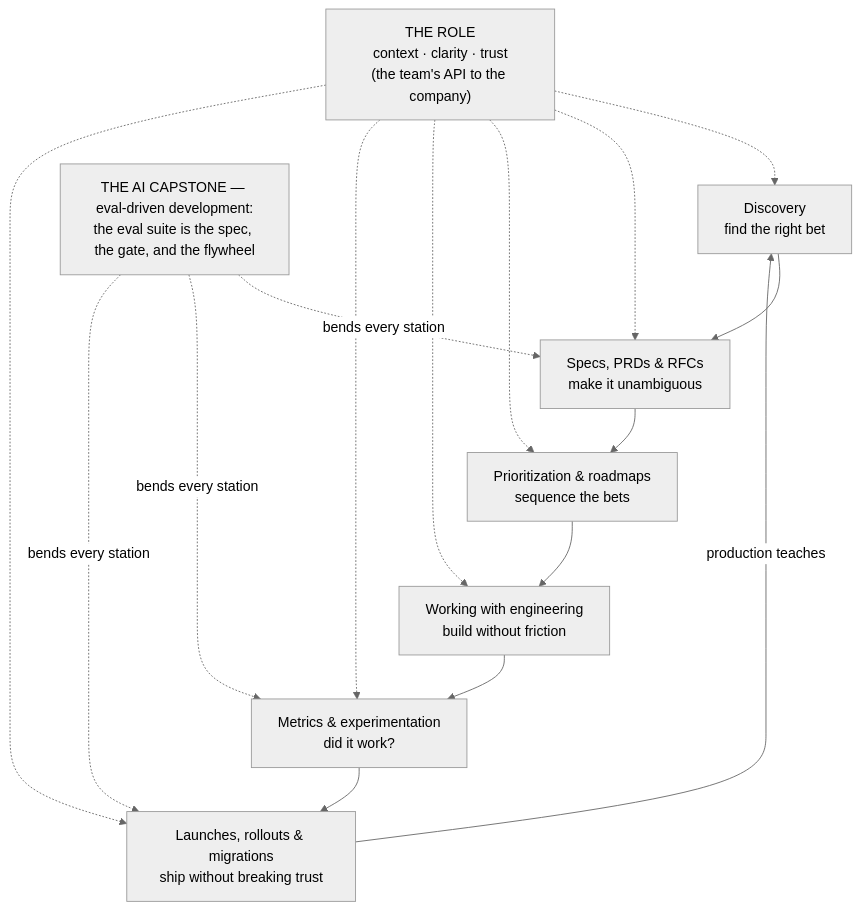
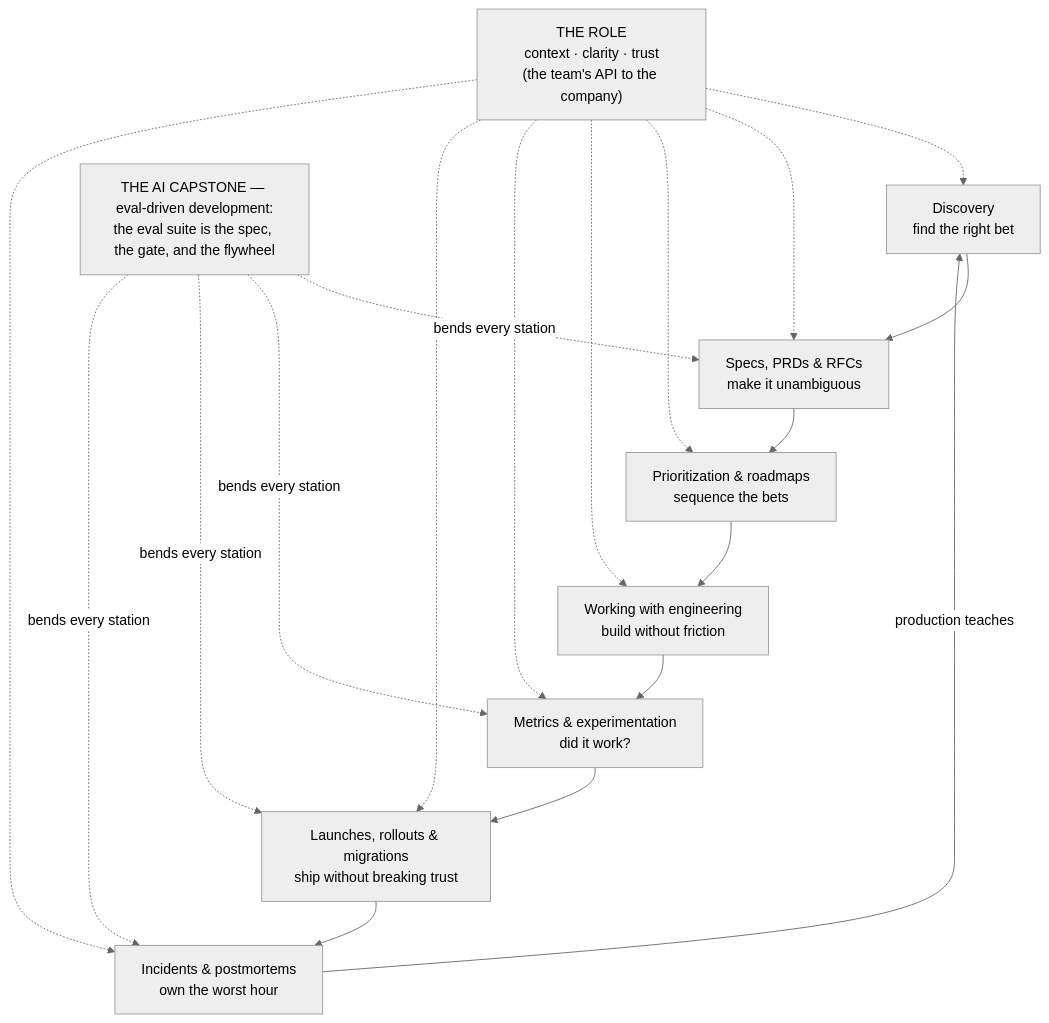
The diagram in technical-product-management/README.md (aakashagg123/gatsby), drawn with Mermaid (neutral theme) before and after one commit. The commit also changed other lines of this file and 26 other files, not shown here.

````diff
--- a/technical-product-management/README.md
+++ b/technical-product-management/README.md
@@ -23,12 +23,13 @@
 ```mermaid
 flowchart TB
   ROLE["THE ROLE<br/>context · clarity · trust<br/>(the team's API to the company)"]
   DISC["Discovery<br/>find the right bet"] --> SPEC["Specs, PRDs & RFCs<br/>make it unambiguous"]
   SPEC --> PRI["Prioritization & roadmaps<br/>sequence the bets"]
   PRI --> ENG["Working with engineering<br/>build without friction"]
   ENG --> MET["Metrics & experimentation<br/>did it work?"]
   MET --> LAUNCH["Launches, rollouts & migrations<br/>ship without breaking trust"]
-  LAUNCH -->|"production teaches"| DISC
-  ROLE -.-> DISC & SPEC & PRI & ENG & MET & LAUNCH
-  AI["THE AI CAPSTONE — eval-driven development:<br/>the eval suite is the spec, the gate, and the flywheel"] -.->|"bends every station"| SPEC & MET & LAUNCH
+  LAUNCH --> INC["Incidents & postmortems<br/>own the worst hour"]
+  INC -->|"production teaches"| DISC
+  ROLE -.-> DISC & SPEC & PRI & ENG & MET & LAUNCH & INC
+  AI["THE AI CAPSTONE — eval-driven development:<br/>the eval suite is the spec, the gate, and the flywheel"] -.->|"bends every station"| SPEC & MET & LAUNCH & INC
 ```
````
